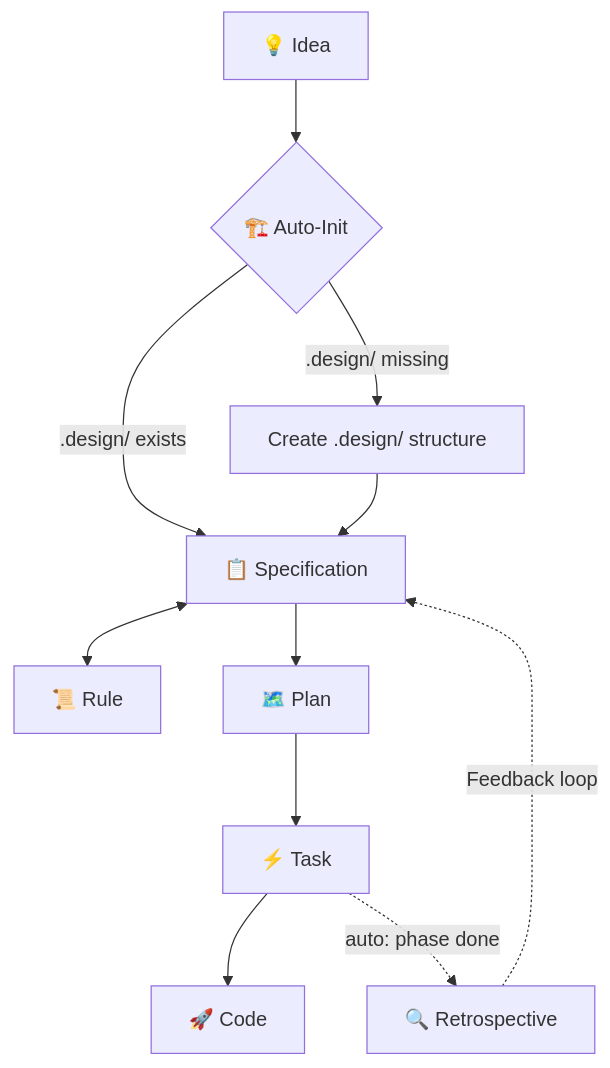
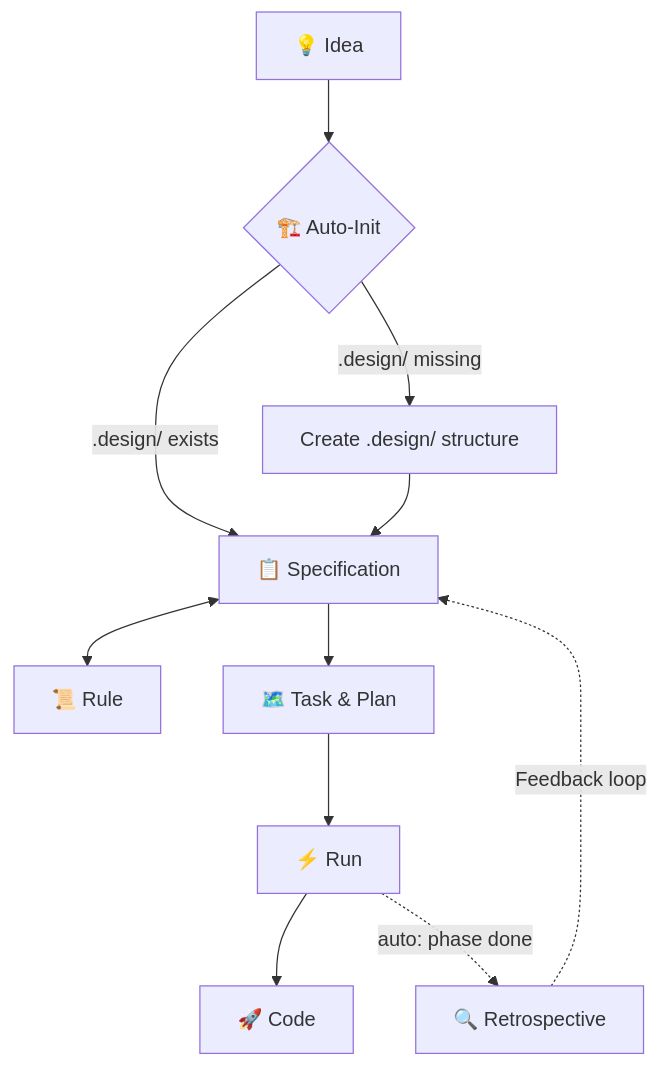
One commit to teratron/magic-spec changed the diagram in README.md. Above: the diagram before and after it, drawn with Mermaid. The commit also changed other lines of this file and 25 other files, not shown here.

````diff
--- a/README.md
+++ b/README.md
@@ -111,12 +111,12 @@
 ```mermaid
 graph TD
     IDEA["💡 Idea"] --> INIT{"🏗️ Auto-Init"}
     INIT -->|.design/ exists| SPEC
     INIT -->|.design/ missing| CREATE["Create .design/ structure"] --> SPEC
     SPEC["📋 Specification"] <--> RULE["📜 Rule"]
-    SPEC --> PLAN["🗺️ Plan"]
-    PLAN --> TASK["⚡ Task"]
-    TASK --> CODE["🚀 Code"]
-    TASK -.->|"auto: phase done"| RETRO["🔍 Retrospective"]
+    SPEC --> TASK["🗺️ Task & Plan"]
+    TASK --> RUN["⚡ Run"]
+    RUN --> CODE["🚀 Code"]
+    RUN -.->|"auto: phase done"| RETRO["🔍 Retrospective"]
     RETRO -.->|Feedback loop| SPEC
 ```
````
